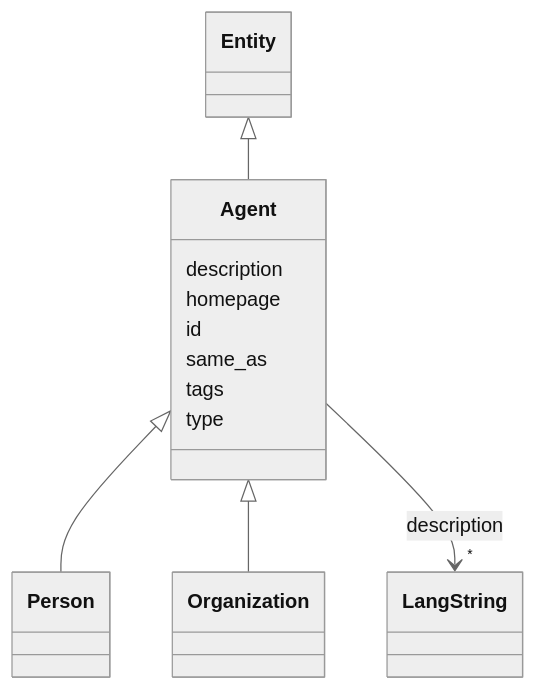
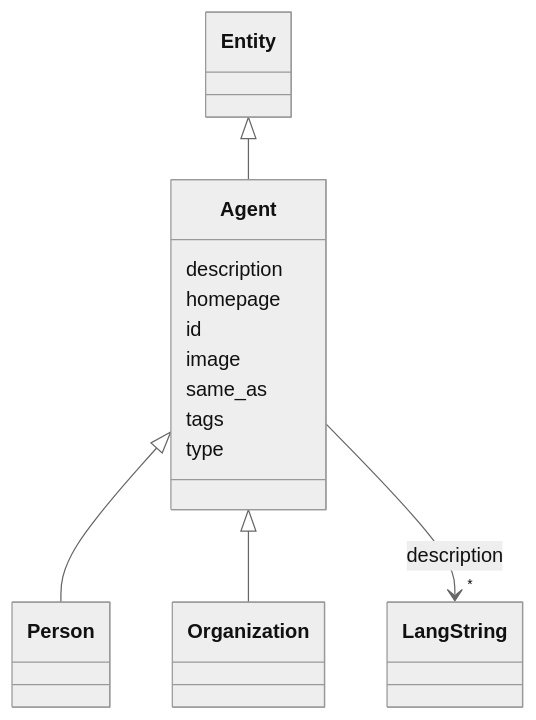
The diagram in docs/classes/Agent.md (DARIAH-IL/idhi-manifests), drawn with Mermaid (neutral theme) before and after one commit. The commit also changed other lines of this file and 20 other files, not shown here.

````diff
--- a/docs/classes/Agent.md
+++ b/docs/classes/Agent.md
@@ -24,38 +24,40 @@
 ```mermaid
  classDiagram
     class Agent
       Entity <|-- Agent
         click Entity href "../../classes/Entity/"
       
 
       Agent <|-- Person
         click Person href "../../classes/Person/"
       Agent <|-- Organization
         click Organization href "../../classes/Organization/"
       
 
       Agent : description
         
           
     
         
         
         Agent --> "*" LangString : description
         
         click LangString href "../../classes/LangString/"
         
     
 
         
       Agent : homepage
         
       Agent : id
         
+      Agent : image
+        
       Agent : same_as
         
       Agent : tags
         
       Agent : type
         
       
 ```
````
